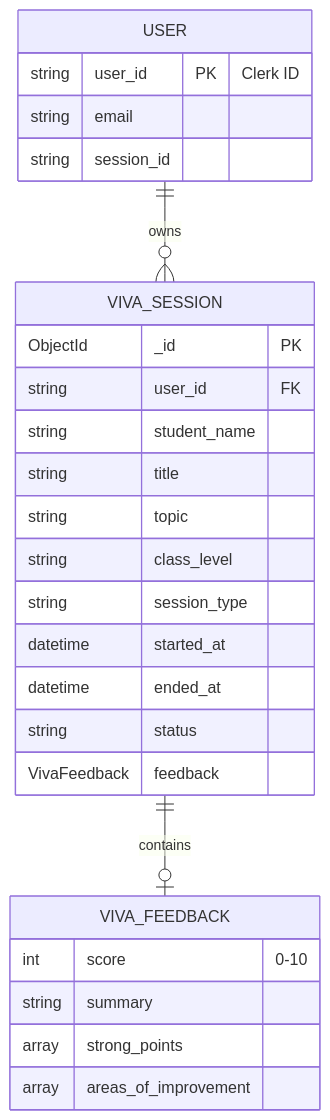
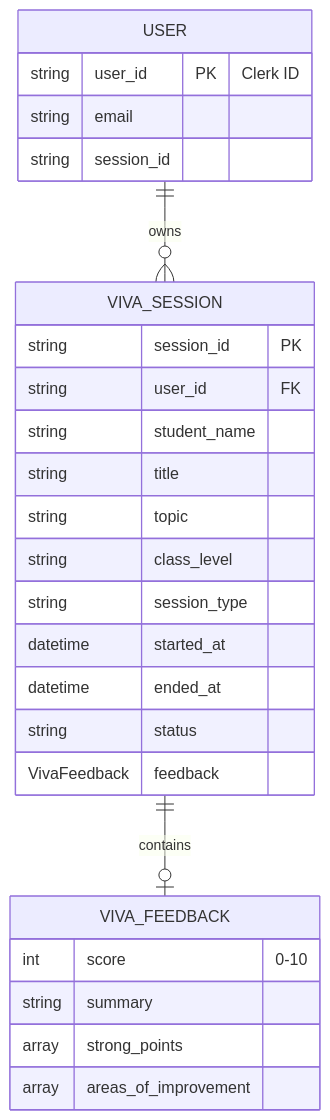
One commit to Veenoe/veenoe-backend changed the third of 5 diagrams in README.md. Above: the diagram before and after it, drawn with Mermaid. The commit also changed other lines of this file and 42 other files, not shown here.

````diff
--- a/README.md
+++ b/README.md
@@ -153,32 +153,32 @@
 ```mermaid
 erDiagram
     USER {
         string user_id PK "Clerk ID"
         string email
         string session_id
     }
     
     VIVA_SESSION {
-        ObjectId _id PK
+        string session_id PK
         string user_id FK
         string student_name
         string title
         string topic
         string class_level
         string session_type
         datetime started_at
         datetime ended_at
         string status
         VivaFeedback feedback
     }
     
     VIVA_FEEDBACK {
         int score "0-10"
         string summary
         array strong_points
         array areas_of_improvement
     }
     
     USER ||--o{ VIVA_SESSION : owns
     VIVA_SESSION ||--o| VIVA_FEEDBACK : contains
 ```
````
